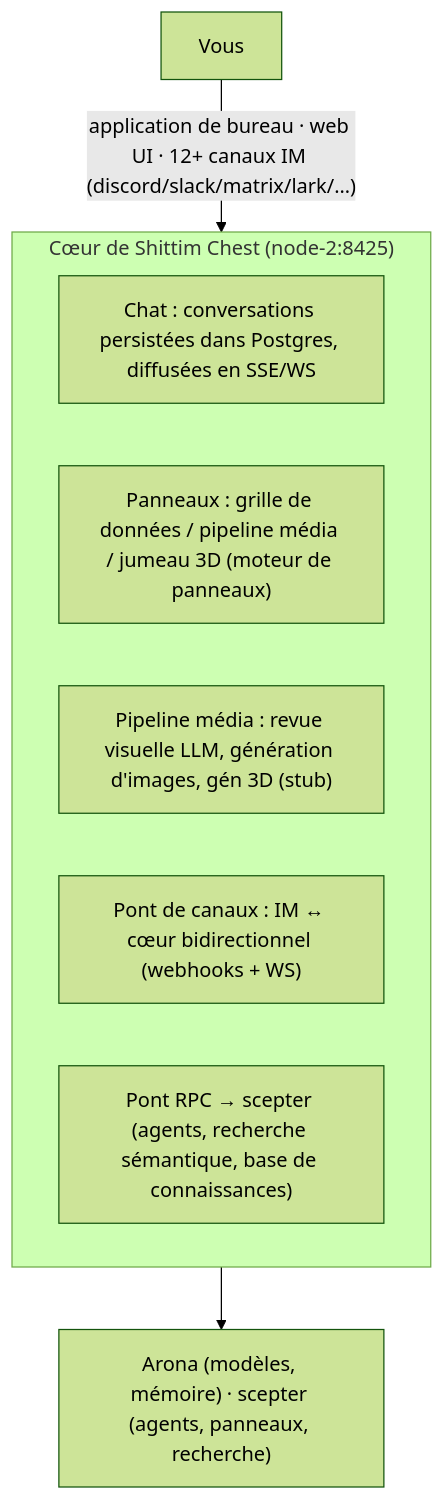
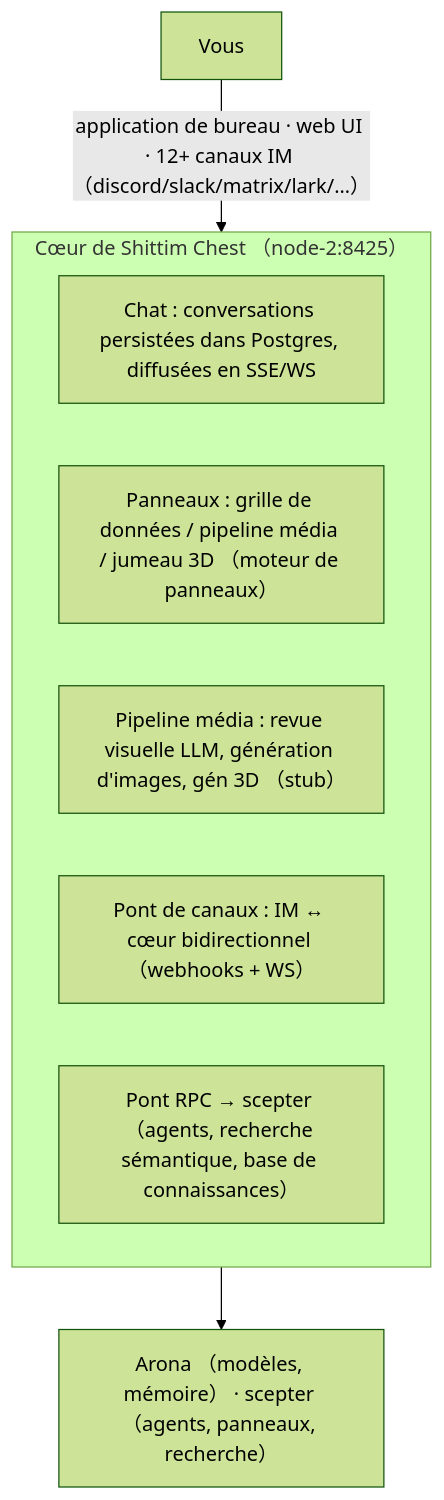
One commit to celestia-island/docs.celestia.world changed the diagram in docs/fr/platforms/chest.md. Above: the diagram before and after it, drawn with Mermaid (forest theme). The commit also changed 35 other files, not shown here.

First line of the commit message:
📝 Convert ASCII parentheses in mermaid fences to fullwidth across languages. (#96)

````diff
--- a/docs/fr/platforms/chest.md
+++ b/docs/fr/platforms/chest.md
@@ -12,13 +12,13 @@
 ```mermaid
 flowchart TD
     C["Vous"]
-    subgraph G["Cœur de Shittim Chest (node-2:8425)"]
+    subgraph G["Cœur de Shittim Chest （node-2:8425）"]
         N0["Chat : conversations persistées dans Postgres, diffusées en SSE/WS"]
-        N1["Panneaux : grille de données / pipeline média / jumeau 3D (moteur de panneaux)"]
-        N2["Pipeline média : revue visuelle LLM, génération d'images, gén 3D (stub)"]
-        N3["Pont de canaux : IM ↔ cœur bidirectionnel (webhooks + WS)"]
-        N4["Pont RPC → scepter (agents, recherche sémantique, base de connaissances)"]
+        N1["Panneaux : grille de données / pipeline média / jumeau 3D （moteur de panneaux）"]
+        N2["Pipeline média : revue visuelle LLM, génération d'images, gén 3D （stub）"]
+        N3["Pont de canaux : IM ↔ cœur bidirectionnel （webhooks + WS）"]
+        N4["Pont RPC → scepter （agents, recherche sémantique, base de connaissances）"]
     end
-    C -->|"application de bureau · web UI · 12+ canaux IM (discord/slack/matrix/lark/…)"| G
-    G --> B["Arona (modèles, mémoire) · scepter (agents, panneaux, recherche)"]
+    C -->|"application de bureau · web UI · 12+ canaux IM （discord/slack/matrix/lark/…）"| G
+    G --> B["Arona （modèles, mémoire） · scepter （agents, panneaux, recherche）"]
 ```
````
